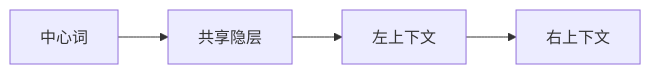
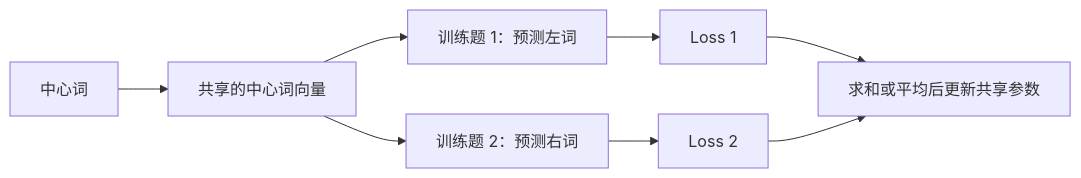
Before and after one commit to luyunix/nlp_study: the first of 3 diagrams in notes/text-preprocessing/14-word2vec-skipgram.md, drawn with Mermaid. The commit also changed other lines of this file and 2 other files, not shown here.

````diff
--- a/notes/text-preprocessing/14-word2vec-skipgram.md
+++ b/notes/text-preprocessing/14-word2vec-skipgram.md
@@ -17,10 +17,17 @@
 ```mermaid
 flowchart LR
     N0["中心词"]
-    N1["共享隐层"]
-    N2["左上下文"]
-    N3["右上下文"]
+    N1["共享的中心词向量"]
+    N2["训练题 1：预测左词"]
+    N3["训练题 2：预测右词"]
+    L1["Loss 1"]
+    L2["Loss 2"]
+    T["求和或平均后更新共享参数"]
     N0 --> N1
     N1 --> N2
-    N2 --> N3
+    N1 --> N3
+    N2 --> L1
+    N3 --> L2
+    L1 --> T
+    L2 --> T
 ```
````
